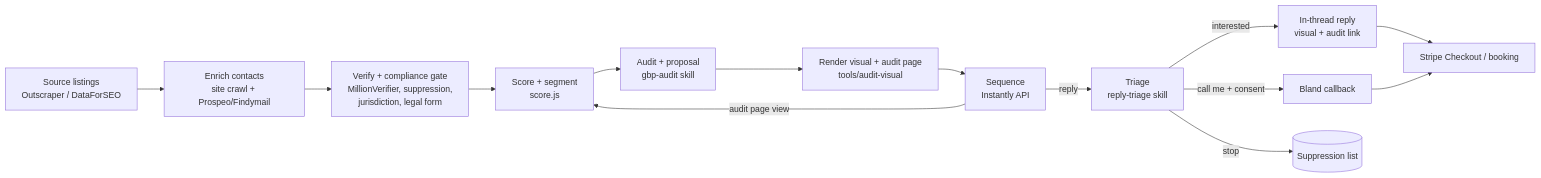
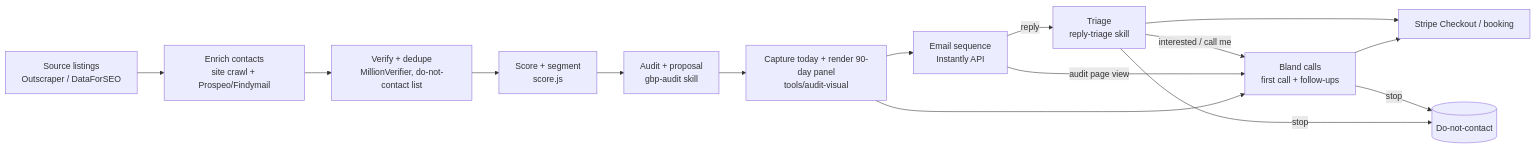
One commit to Jturlais46/NeoSEO changed the diagram in docs/04-outbound-engine.md. Above: the diagram before and after it, drawn with Mermaid. The commit also changed other lines of this file and 49 other files, not shown here.

First line of the commit message:
Rebuild visual as Google-style profile panels and drop compliance layer

````diff
--- a/docs/04-outbound-engine.md
+++ b/docs/04-outbound-engine.md
@@ -5,16 +5,17 @@
 ```mermaid
 flowchart LR
   A[Source listings<br/>Outscraper / DataForSEO] --> B[Enrich contacts<br/>site crawl + Prospeo/Findymail]
-  B --> C[Verify + compliance gate<br/>MillionVerifier, suppression,<br/>jurisdiction, legal form]
+  B --> C[Verify + dedupe<br/>MillionVerifier, do-not-contact list]
   C --> D[Score + segment<br/>score.js]
   D --> E[Audit + proposal<br/>gbp-audit skill]
-  E --> F[Render visual + audit page<br/>tools/audit-visual]
-  F --> G[Sequence<br/>Instantly API]
+  E --> F[Capture today + render 90-day panel<br/>tools/audit-visual]
+  F --> G[Email sequence<br/>Instantly API]
+  F --> V[Bland calls<br/>first call + follow-ups]
   G -->|reply| H[Triage<br/>reply-triage skill]
-  H -->|interested| I[In-thread reply<br/>visual + audit link]
-  H -->|call me + consent| J[Bland callback]
-  I --> K[Stripe Checkout / booking]
-  J --> K
-  H -->|stop| S[(Suppression list)]
-  G -->|audit page view| D
+  G -->|audit page view| V
+  H -->|interested / call me| V
+  V --> K[Stripe Checkout / booking]
+  H --> K
+  H -->|stop| S[(Do-not-contact)]
+  V -->|stop| S
 ```
````
